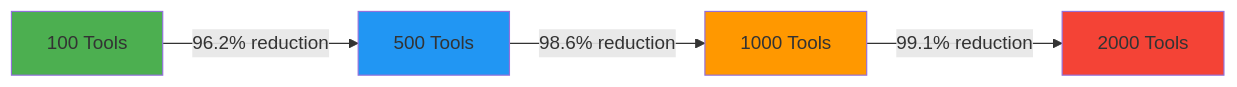
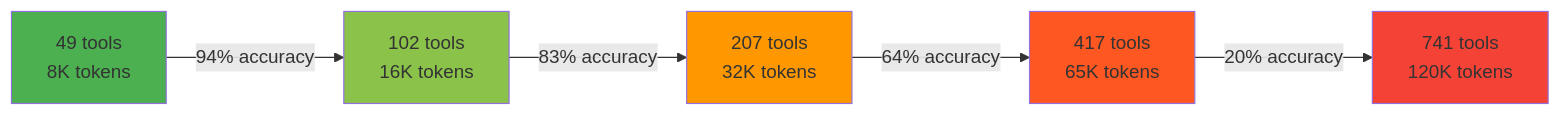
The second of 5 diagrams in website/blog/2025-11-07-semantic-tool-selection.md (vllm-project/semantic-router), drawn with Mermaid before and after one commit. The commit also changed other lines of this file, not shown here.

````diff
--- a/website/blog/2025-11-07-semantic-tool-selection.md
+++ b/website/blog/2025-11-07-semantic-tool-selection.md
@@ -238,11 +333,13 @@
 ```mermaid
 graph LR
-    A[100 Tools] -->|96.2% reduction| B[500 Tools]
-    B -->|98.6% reduction| C[1000 Tools]
-    C -->|99.1% reduction| D[2000 Tools]
+    A[49 tools<br/>8K tokens] -->|94% accuracy| B[102 tools<br/>16K tokens]
+    B -->|83% accuracy| C[207 tools<br/>32K tokens]
+    C -->|64% accuracy| D[417 tools<br/>65K tokens]
+    D -->|20% accuracy| E[741 tools<br/>120K tokens]
 
     style A fill:#4CAF50
-    style B fill:#2196F3
+    style B fill:#8BC34A
     style C fill:#FF9800
-    style D fill:#F44336
+    style D fill:#FF5722
+    style E fill:#F44336
 ```
````
